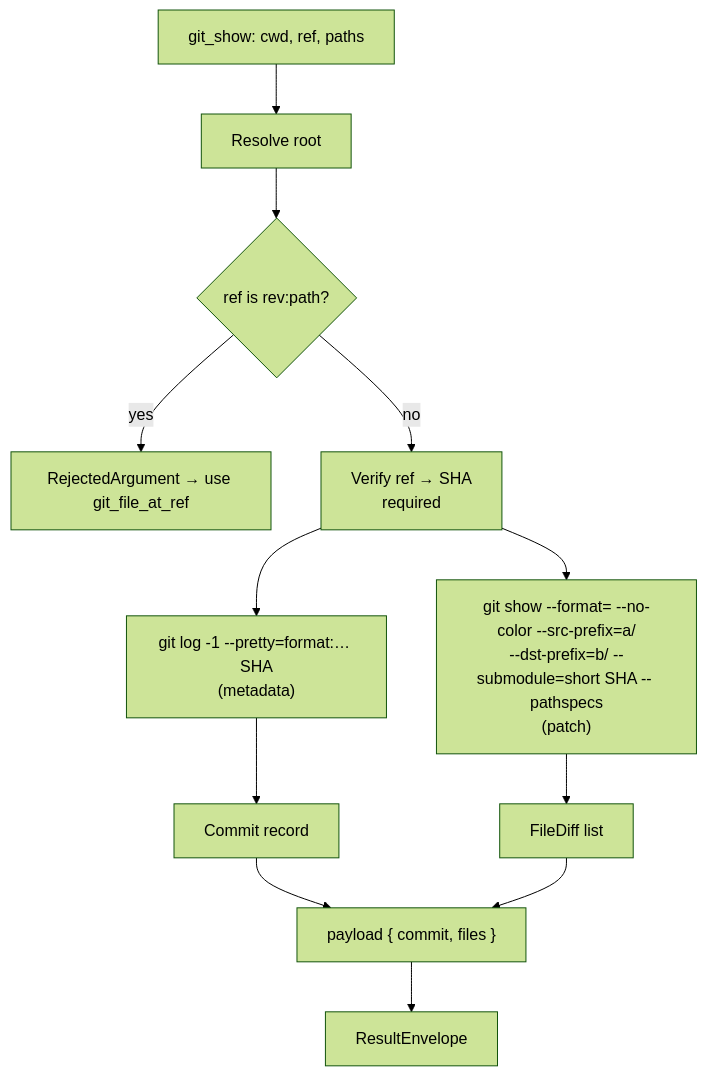
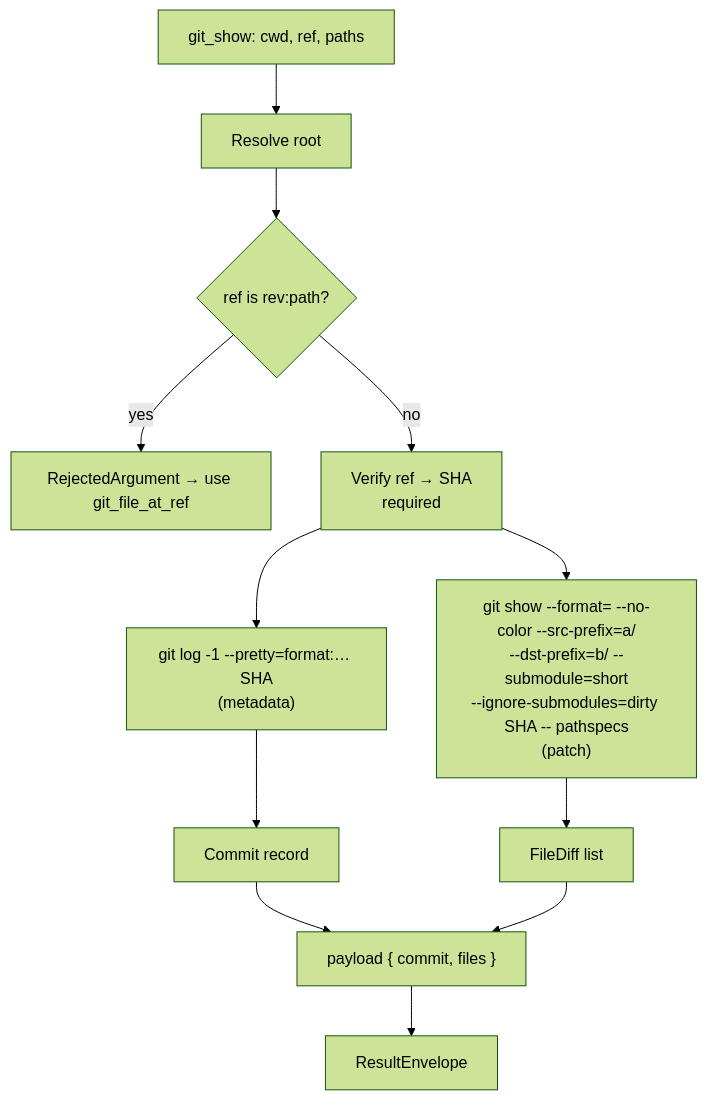
One commit to brenordv/mcp-toolset changed the fifth of 14 diagrams in src/RaccoonNinja.McpToolset.Server.GitOps/README.md. Above: the diagram before and after it, drawn with Mermaid (forest theme). The commit also changed other lines of this file and 13 other files, not shown here.

First line of the commit message:
**Pin `--ignore-submodules=dirty` for consistent behavior in `git_log`, `git_diff`, `git_show`, and `git_stash_show`; override `log.follow=true` in config**

````diff
--- a/src/RaccoonNinja.McpToolset.Server.GitOps/README.md
+++ b/src/RaccoonNinja.McpToolset.Server.GitOps/README.md
@@ -202,14 +208,14 @@
 ```mermaid
 flowchart TD
     A[git_show: cwd, ref, paths] --> B[Resolve root]
     B --> R{ref is rev:path?}
     R -- yes --> X[RejectedArgument → use git_file_at_ref]
     R -- no --> C[Verify ref → SHA<br/>required]
     C --> D["git log -1 --pretty=format:… SHA<br/>(metadata)"]
-    C --> E["git show --format= --no-color --src-prefix=a/<br/>--dst-prefix=b/ --submodule=short SHA -- pathspecs<br/>(patch)"]
+    C --> E["git show --format= --no-color --src-prefix=a/<br/>--dst-prefix=b/ --submodule=short<br/>--ignore-submodules=dirty SHA -- pathspecs<br/>(patch)"]
     D --> F[Commit record]
     E --> G[FileDiff list]
     F --> H["payload { commit, files }"]
     G --> H
     H --> I[ResultEnvelope]
 ```
````
